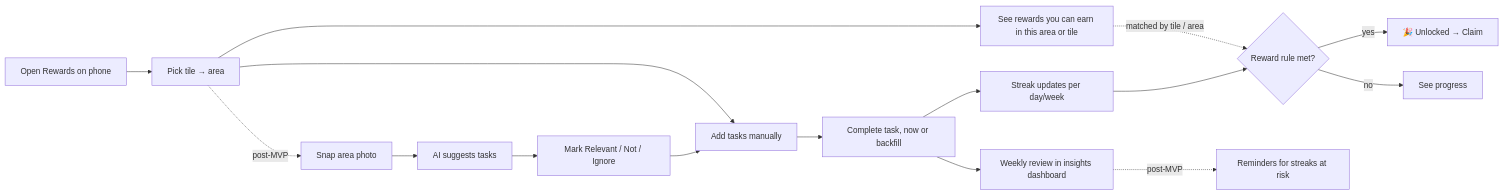
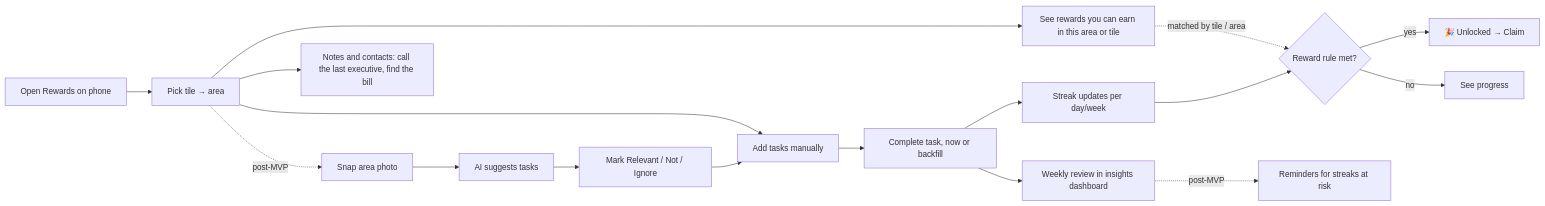
One commit to mansisce/life-experiences-webpage changed the third of 4 diagrams in docs/rewards/HLRD.md. Above: the diagram before and after it, drawn with Mermaid. The commit also changed other lines of this file and 4 other files, not shown here.

First line of the commit message:
Add user-managed tiles and notes, contacts and files requirements

````diff
--- a/docs/rewards/HLRD.md
+++ b/docs/rewards/HLRD.md
@@ -116,15 +119,16 @@
 ```mermaid
 flowchart LR
   A[Open Rewards on phone] --> B[Pick tile → area]
   B --> C[Add tasks manually]
   B -. post-MVP .-> P[Snap area photo] --> Q[AI suggests tasks] --> R[Mark Relevant / Not / Ignore] --> C
   C --> D[Complete task, now or backfill]
   B --> K[See rewards you can earn in this area or tile]
+  B --> N[Notes and contacts: call the last executive, find the bill]
   K -. matched by tile / area .-> F
   D --> E[Streak updates per day/week]
   E --> F{Reward rule met?}
   F -- yes --> G[🎉 Unlocked → Claim]
   F -- no --> H[See progress]
   D --> I[Weekly review in insights dashboard]
   I -. post-MVP .-> J[Reminders for streaks at risk]
 ```
````
